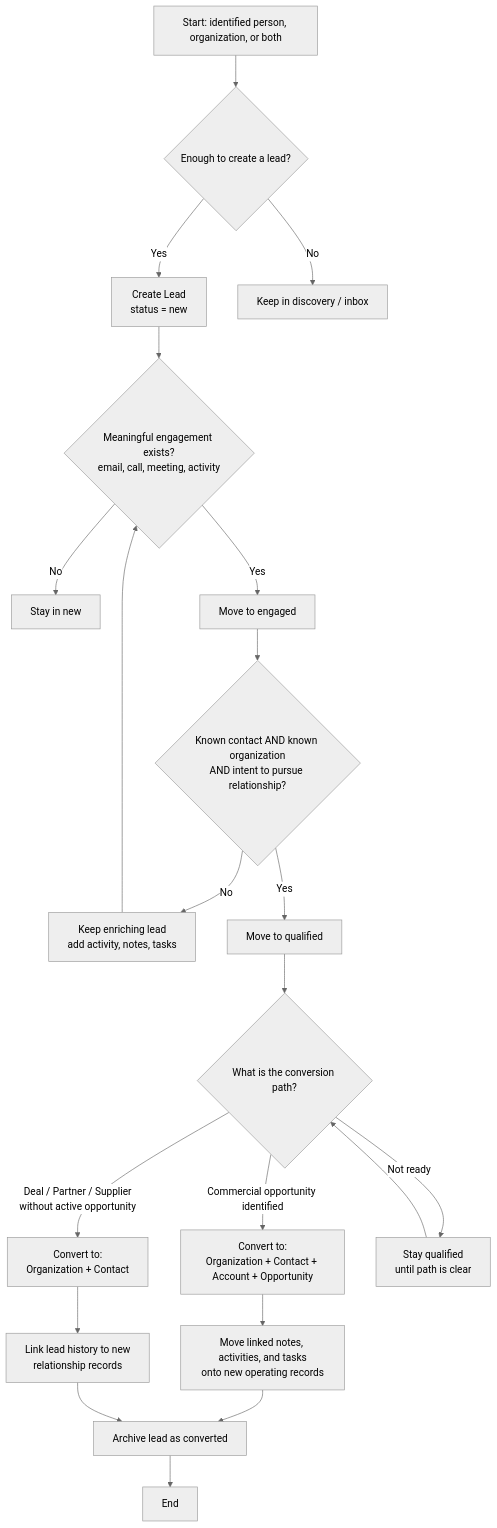
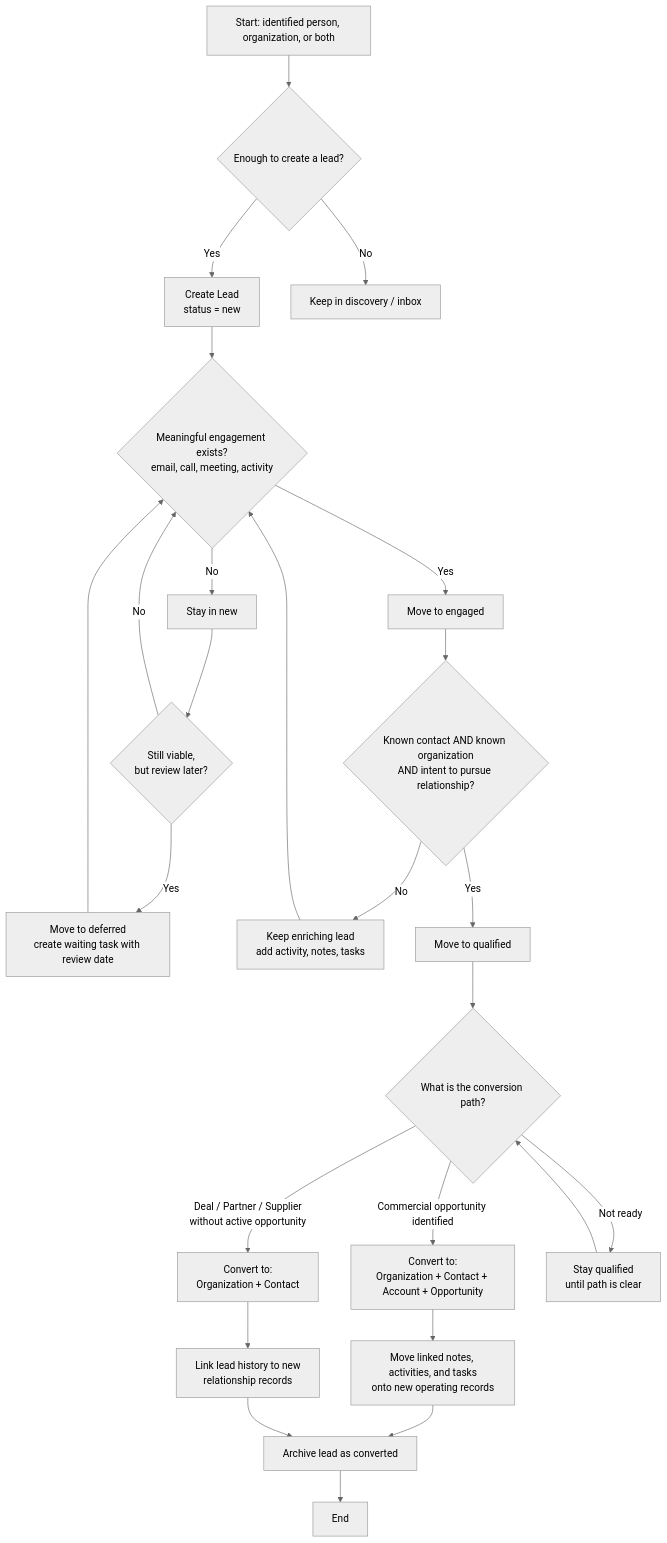
The diagram in .gemini/skills/crm-lead-manager/references/flowchart.md (jjanuszczak/crm-llm), drawn with Mermaid (neutral theme) before and after one commit. The commit also changed other lines of this file and 22 other files, not shown here.

````diff
--- a/.gemini/skills/crm-lead-manager/references/flowchart.md
+++ b/.gemini/skills/crm-lead-manager/references/flowchart.md
@@ -3,31 +3,36 @@
 ```mermaid
 flowchart TD
     A["Start: identified person, organization, or both"] --> B{"Enough to create a lead?"}
     B -->|Yes| C["Create Lead<br/>status = new"]
     B -->|No| Z["Keep in discovery / inbox"]
 
     C --> D{"Meaningful engagement exists?<br/>email, call, meeting, activity"}
     D -->|No| E["Stay in new"]
     D -->|Yes| F["Move to engaged"]
+
+    E --> R{"Still viable,<br/>but review later?"}
+    R -->|Yes| S["Move to deferred<br/>create waiting task with review date"]
+    R -->|No| D
 
     F --> G{"Known contact AND known organization<br/>AND intent to pursue relationship?"}
     G -->|No| H["Keep enriching lead<br/>add activity, notes, tasks"]
     G -->|Yes| I["Move to qualified"]
 
     I --> J{"What is the conversion path?"}
 
     J -->|Commercial opportunity identified| K["Convert to:<br/>Organization + Contact + Account + Opportunity"]
     J -->|Deal / Partner / Supplier<br/>without active opportunity| L["Convert to:<br/>Organization + Contact"]
     J -->|Not ready| M["Stay qualified<br/>until path is clear"]
 
     K --> N["Move linked notes, activities, and tasks<br/>onto new operating records"]
     L --> O["Link lead history to new<br/>relationship records"]
 
     N --> P["Archive lead as converted"]
     O --> P
 
     P --> Q["End"]
 
     H --> D
     M --> J
+    S --> D
 ```
````
